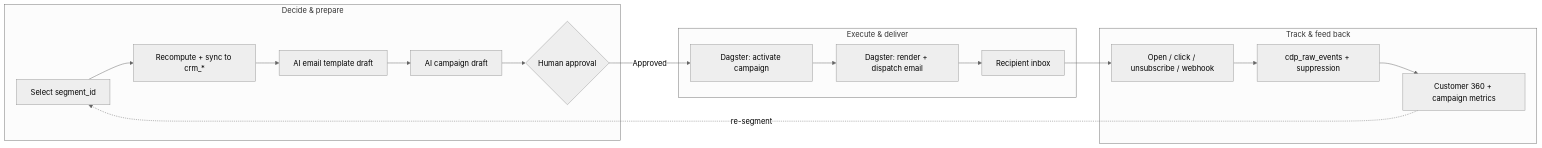
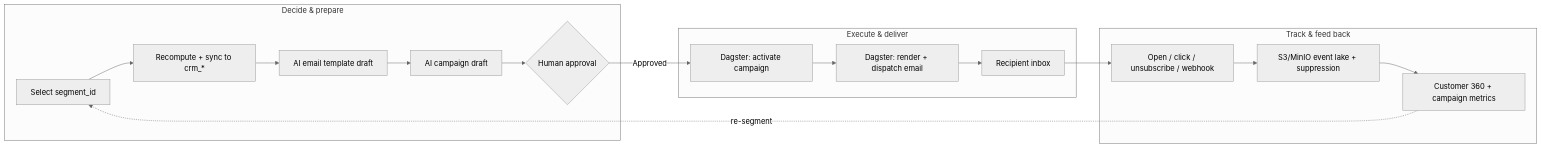
The first of 6 diagrams in customer360-api/docs/SCRUM-92-agentic-email-marketing-code-flow.md (LEO-CDP/leo-customer360), drawn with Mermaid (neutral theme) before and after one commit. The commit also changed other lines of this file and 25 other files, not shown here.

````diff
--- a/customer360-api/docs/SCRUM-92-agentic-email-marketing-code-flow.md
+++ b/customer360-api/docs/SCRUM-92-agentic-email-marketing-code-flow.md
@@ -35,20 +35,20 @@
 ```mermaid
 flowchart LR
   subgraph Decide["Decide & prepare"]
     S1[Select segment_id] --> S2[Recompute + sync to crm_*]
     S2 --> S3[AI email template draft]
     S3 --> S4[AI campaign draft]
     S4 --> S5{Human approval}
   end
   subgraph Run["Execute & deliver"]
     S5 -->|Approved| S6[Dagster: activate campaign]
     S6 --> S7[Dagster: render + dispatch email]
     S7 --> S8[Recipient inbox]
   end
   subgraph Feedback["Track & feed back"]
     S8 --> S9[Open / click / unsubscribe / webhook]
-    S9 --> S10[cdp_raw_events + suppression]
+    S9 --> S10[S3/MinIO event lake + suppression]
     S10 --> S11[Customer 360 + campaign metrics]
   end
   S11 -. re-segment .-> S1
 ```
````
